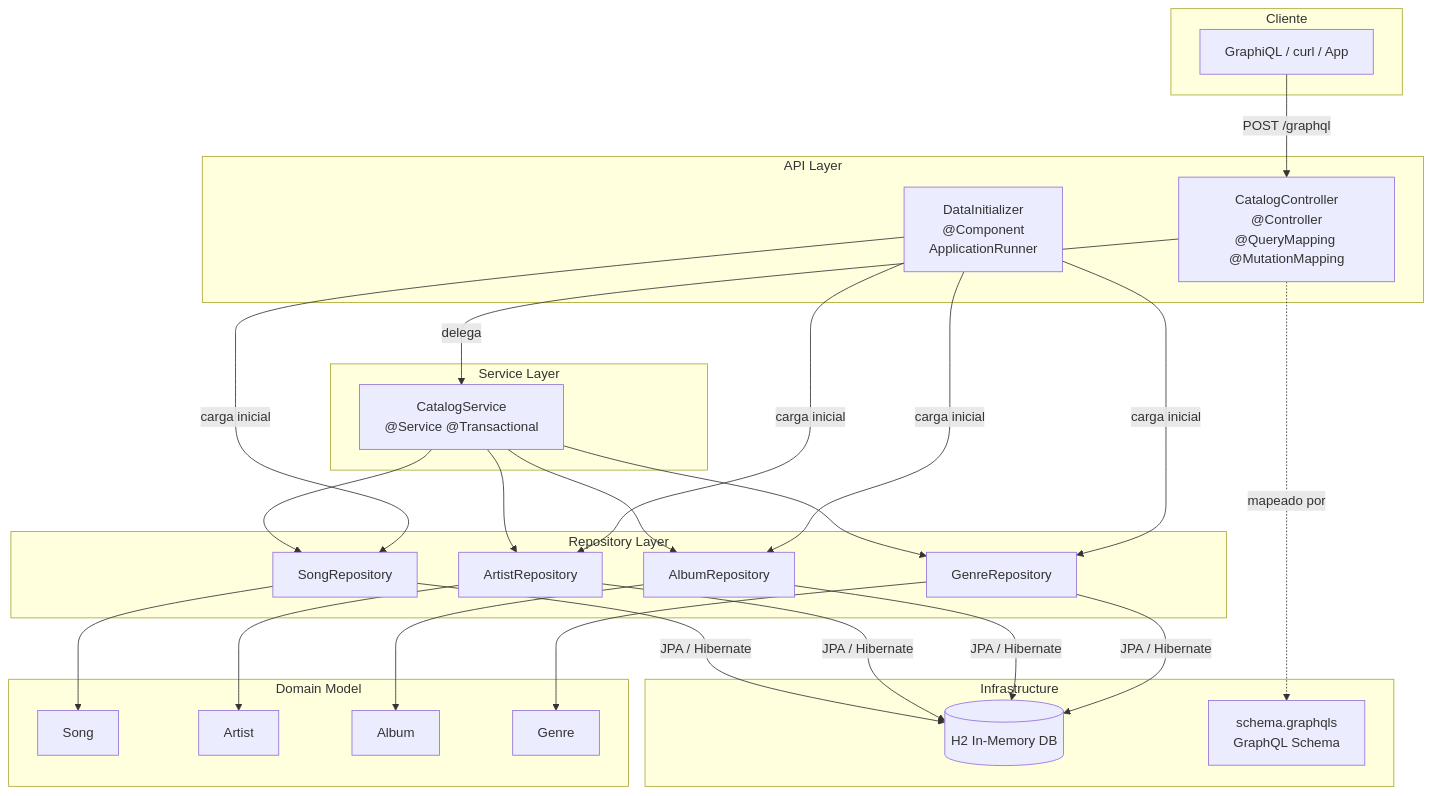
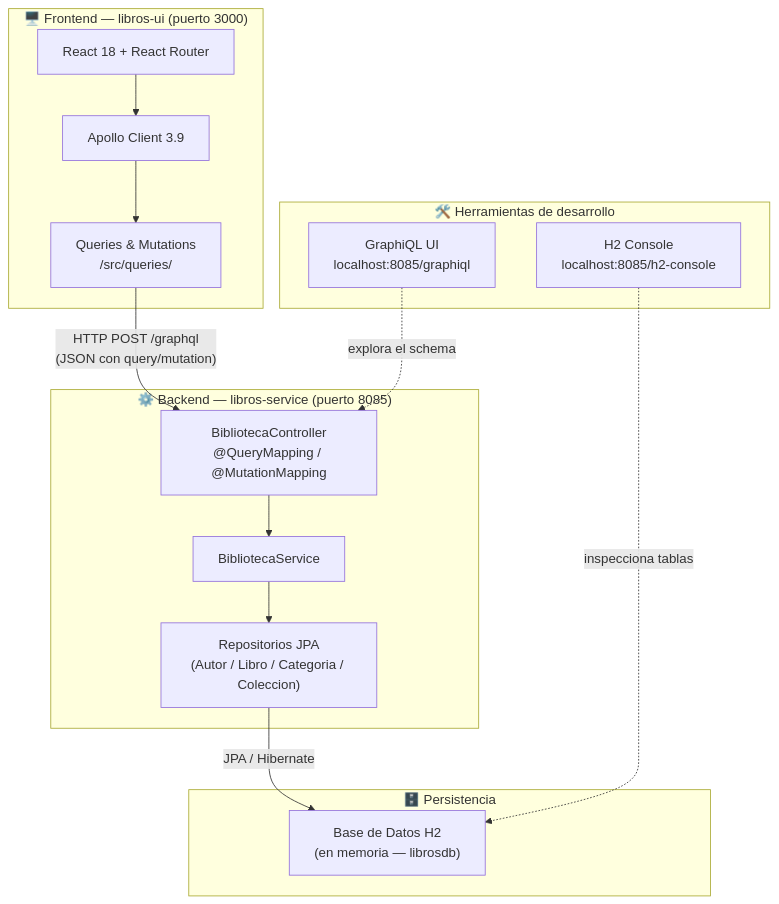
The diagram in README.md (esoto10/modulo02-librosPOC), drawn with Mermaid before and after one commit. The commit also changed other lines of this file and 5287 other files, not shown here.

````diff
--- a/README.md
+++ b/README.md
@@ -456,45 +9,33 @@
 ```mermaid
 graph TB
-    subgraph Cliente
-        C[GraphiQL / curl / App]
+    subgraph Frontend ["🖥️ Frontend — libros-ui (puerto 3000)"]
+        UI["React 18 + React Router"]
+        AC["Apollo Client 3.9"]
+        Q["Queries & Mutations\n/src/queries/"]
     end
 
-    subgraph "API Layer"
-        CC["CatalogController\n@Controller\n@QueryMapping @MutationMapping"]
-        DI["DataInitializer\n@Component\nApplicationRunner"]
+    subgraph Backend ["⚙️ Backend — libros-service (puerto 8085)"]
+        CTRL["BibliotecaController\n@QueryMapping / @MutationMapping"]
+        SVC["BibliotecaService"]
+        REPO["Repositorios JPA\n(Autor / Libro / Categoria / Coleccion)"]
     end
 
-    subgraph "Service Layer"
-        CS["CatalogService\n@Service @Transactional"]
+    subgraph Persistencia ["🗄️ Persistencia"]
+        H2["Base de Datos H2\n(en memoria — librosdb)"]
     end
 
-    subgraph "Repository Layer"
-        SR[SongRepository]
-        AR[ArtistRepository]
-        ALR[AlbumRepository]
-        GR[GenreRepository]
+    subgraph Herramientas ["🛠️ Herramientas de desarrollo"]
+        GRAPHIQL["GraphiQL UI\nlocalhost:8085/graphiql"]
+        H2C["H2 Console\nlocalhost:8085/h2-console"]
     end
 
-    subgraph "Domain Model"
-        S[Song]
-        A[Artist]
-        AL[Album]
-        G[Genre]
-    end
+    UI --> AC
+    AC --> Q
+    Q -- "HTTP POST /graphql\n(JSON con query/mutation)" --> CTRL
+    CTRL --> SVC
+    SVC --> REPO
+    REPO -- "JPA / Hibernate" --> H2
 
-    subgraph "Infrastructure"
-        H2[(H2 In-Memory DB)]
-        SCH["schema.graphqls\nGraphQL Schema"]
-    end
-
-    C -->|"POST /graphql"| CC
-    CC -->|"delega"| CS
-    CC -.->|"mapeado por"| SCH
-    CS --> SR & AR & ALR & GR
-    SR & AR & ALR & GR -->|JPA / Hibernate| H2
-    SR --> S
-    AR --> A
-    ALR --> AL
-    GR --> G
-    DI -->|"carga inicial"| SR & AR & ALR & GR
+    GRAPHIQL -. "explora el schema" .-> CTRL
+    H2C -. "inspecciona tablas" .-> H2
 ```
````
